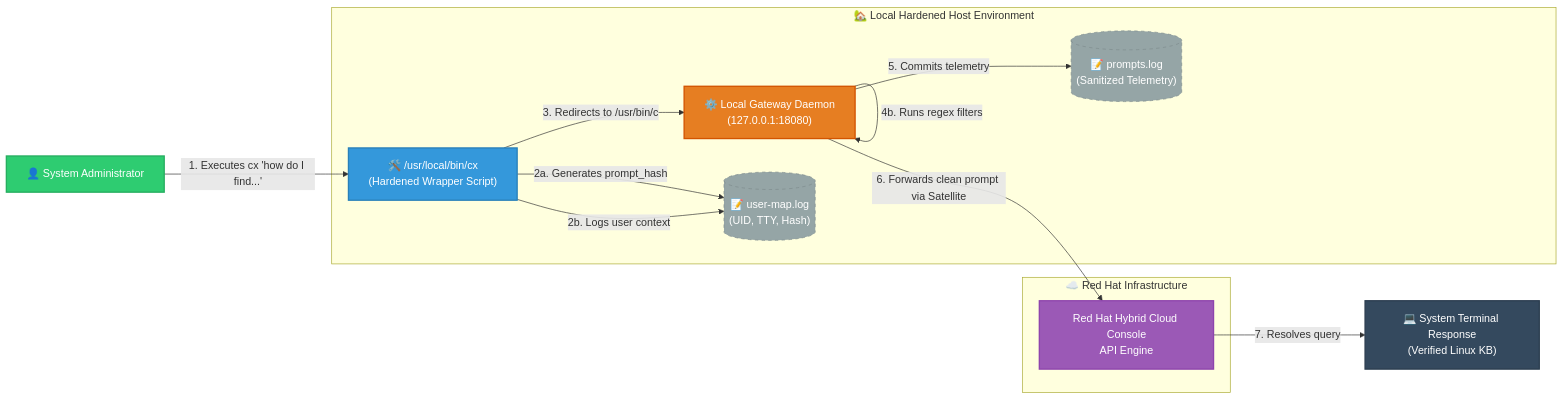
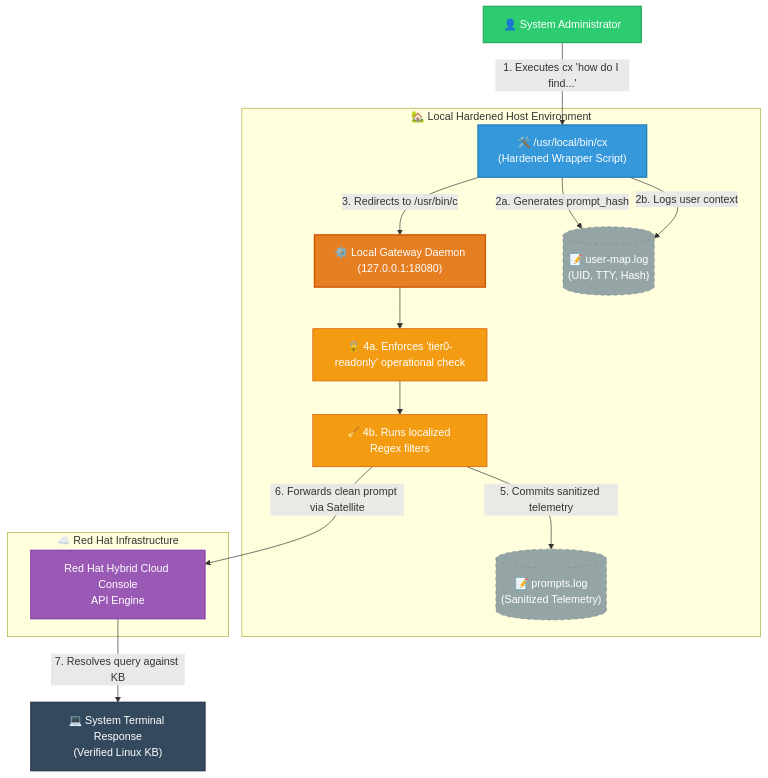
The diagram in architecture.md (kumarj04/cla-gateway), drawn with Mermaid before and after one commit.

Commit message:
Change graph direction and update processing flow

````diff
--- a/architecture.md
+++ b/architecture.md
@@ -1,43 +1,49 @@
 ```mermaid
-graph LR
+graph TD
     %% Styling definitions
     classDef user fill:#2ecc71,stroke:#27ae60,stroke-width:2px,color:#fff;
     classDef local fill:#3498db,stroke:#2980b9,stroke-width:2px,color:#fff;
     classDef daemon fill:#e67e22,stroke:#d35400,stroke-width:2px,color:#fff;
+    classDef subEngine fill:#f39c12,stroke:#d35400,stroke-width:1px,color:#fff;
     classDef cloud fill:#9b59b6,stroke:#8e44ad,stroke-width:2px,color:#fff;
     classDef terminal fill:#34495e,stroke:#2c3e50,stroke-width:2px,color:#fff;
     classDef log fill:#95a5a6,stroke:#7f8c8d,stroke-width:1px,color:#fff,stroke-dasharray: 5 5;
 
     %% Workflow Nodes
     Admin[👤 System Administrator]:::user
     
     subgraph LocalHost ["🏡 Local Hardened Host Environment"]
         Wrapper["🛠️ /usr/local/bin/cx<br>(Hardened Wrapper Script)"]:::local
         Daemon["⚙️ Local Gateway Daemon<br>(127.0.0.1:18080)"]:::daemon
+        
+        %% Splitting up self-loops into clean downward internal blocks
+        Check1["🔒 4a. Enforces 'tier0-readonly' operational check"]:::subEngine
+        Check2["🧹 4b. Runs localized Regex filters"]:::subEngine
         
         %% Audit Logs
         UserLog[("📝 user-map.log<br>(UID, TTY, Hash)")]:::log
         PromptLog[("📝 prompts.log<br>(Sanitized Telemetry)")]:::log
     end
 
     subgraph RedHat ["☁️ Red Hat Infrastructure"]
         RHCloud["Red Hat Hybrid Cloud Console<br>API Engine"]:::cloud
     end
 
     Response["💻 System Terminal Response<br>(Verified Linux KB)"]:::terminal
 
     %% Connectivity & Data Flow
     Admin -->|1. Executes cx 'how do I find...'| Wrapper
     
     Wrapper -->|2a. Generates prompt_hash| UserLog
     Wrapper -->|2b. Logs user context| UserLog
     Wrapper -->|3. Redirects to /usr/bin/c| Daemon
     
-    %% Self-loops for enforcement and filtering
-    Daemon -->|4a. Enforces tier0-readonly| Daemon
-    Daemon -->|4b. Runs regex filters| Daemon
+    %% Linear processing inside the daemon block instead of loops
+    Daemon --> Check1
+    Check1 --> Check2
     
-    Daemon -->|5. Commits telemetry| PromptLog
-    Daemon -->|6. Forwards clean prompt via Satellite| RHCloud
-    RHCloud -->|7. Resolves query| Response
+    Check2 -->|5. Commits sanitized telemetry| PromptLog
+    Check2 -->|6. Forwards clean prompt via Satellite| RHCloud
+    
+    RHCloud -->|7. Resolves query against KB| Response
 ```
````
